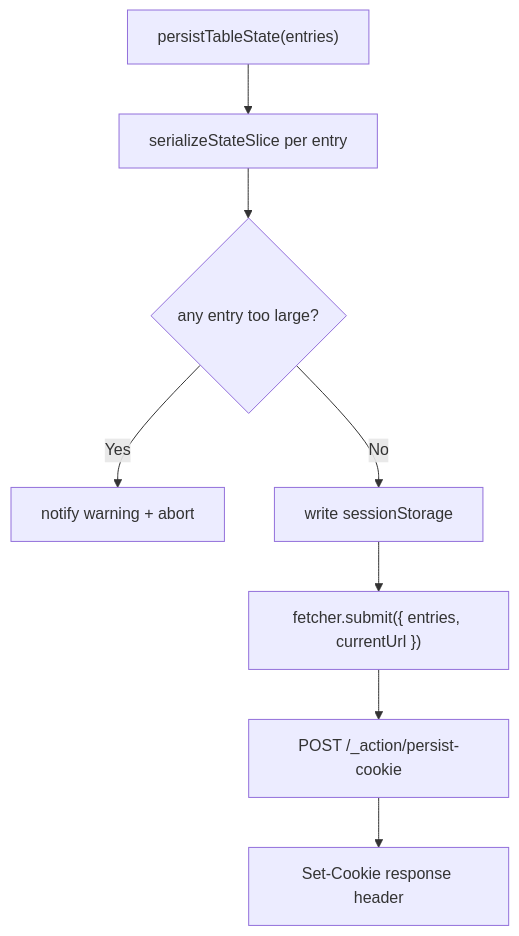
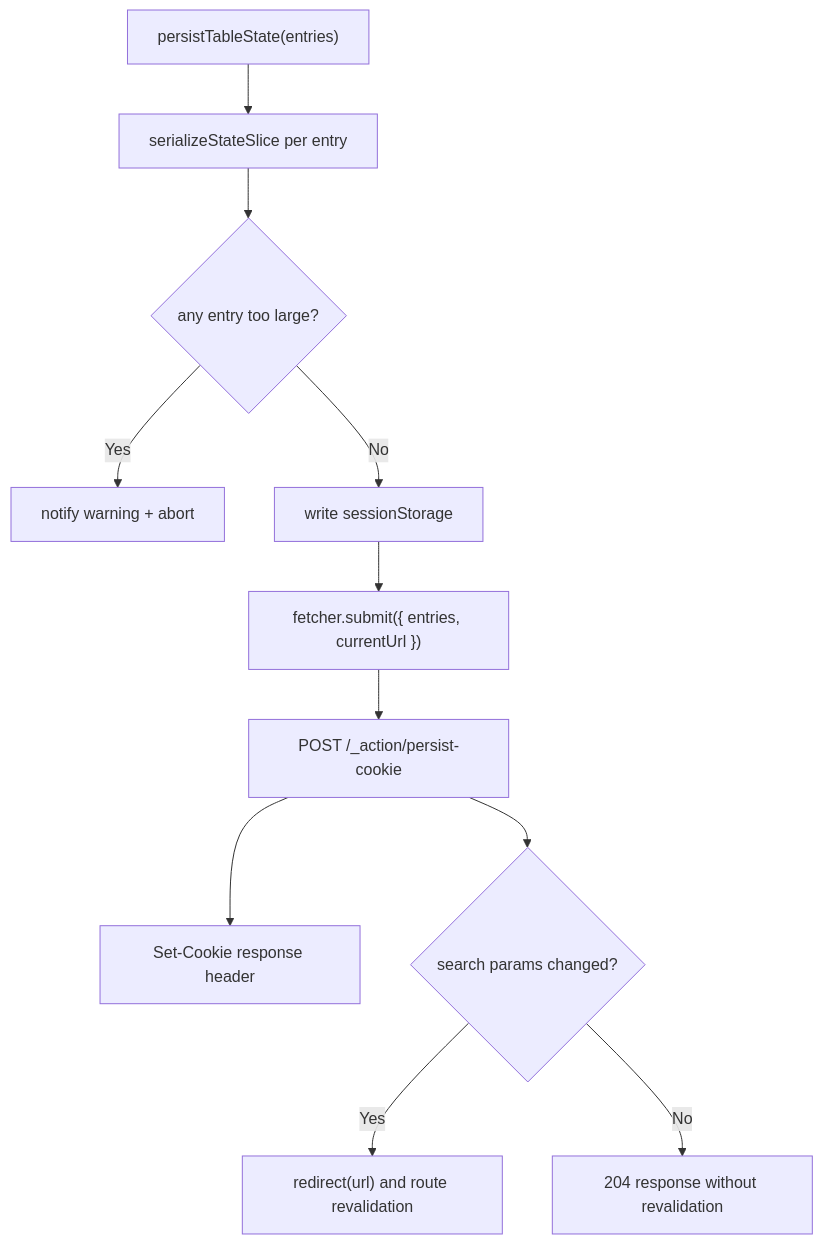
The fourth of 4 diagrams in apps/react-router/src/components/Table/hooks/ARCHITECTURE.md (luciocabrera/lcabrera-stack), drawn with Mermaid before and after one commit. The commit also changed other lines of this file and 15 other files, not shown here.

````diff
--- a/apps/react-router/src/components/Table/hooks/ARCHITECTURE.md
+++ b/apps/react-router/src/components/Table/hooks/ARCHITECTURE.md
@@ -83,10 +83,13 @@
 ```mermaid
 graph TD
   Action["persistTableState(entries)"] --> Serialize["serializeStateSlice per entry"]
   Serialize --> Check{"any entry too large?"}
   Check -->|Yes| Warn["notify warning + abort"]
   Check -->|No| Session["write sessionStorage"]
   Session --> Submit["fetcher.submit({ entries, currentUrl })"]
   Submit --> Route["POST /_action/persist-cookie"]
   Route --> Cookie["Set-Cookie response header"]
+  Route --> Decision{"search params changed?"}
+  Decision -->|Yes| Redirect["redirect(url) and route revalidation"]
+  Decision -->|No| NoRedirect["204 response without revalidation"]
 ```
````
